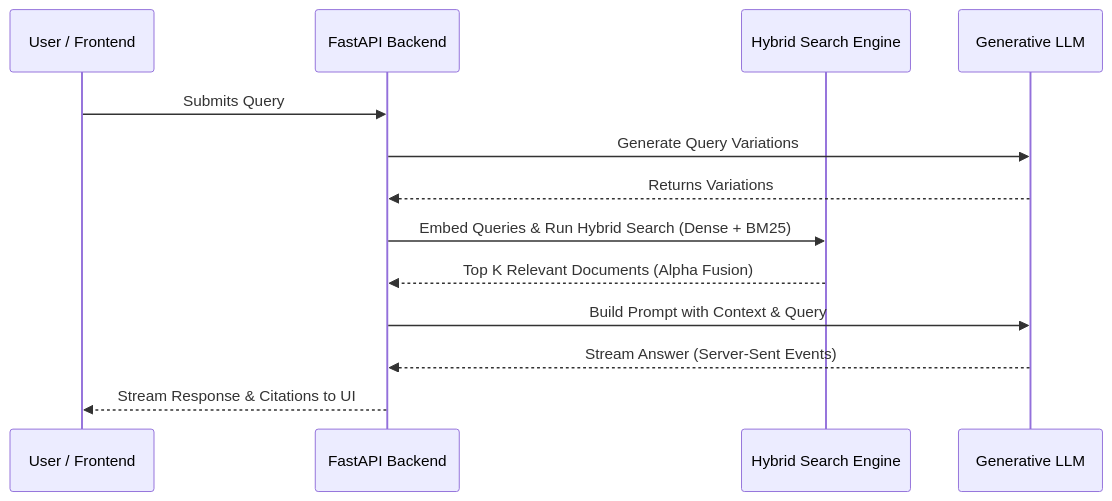
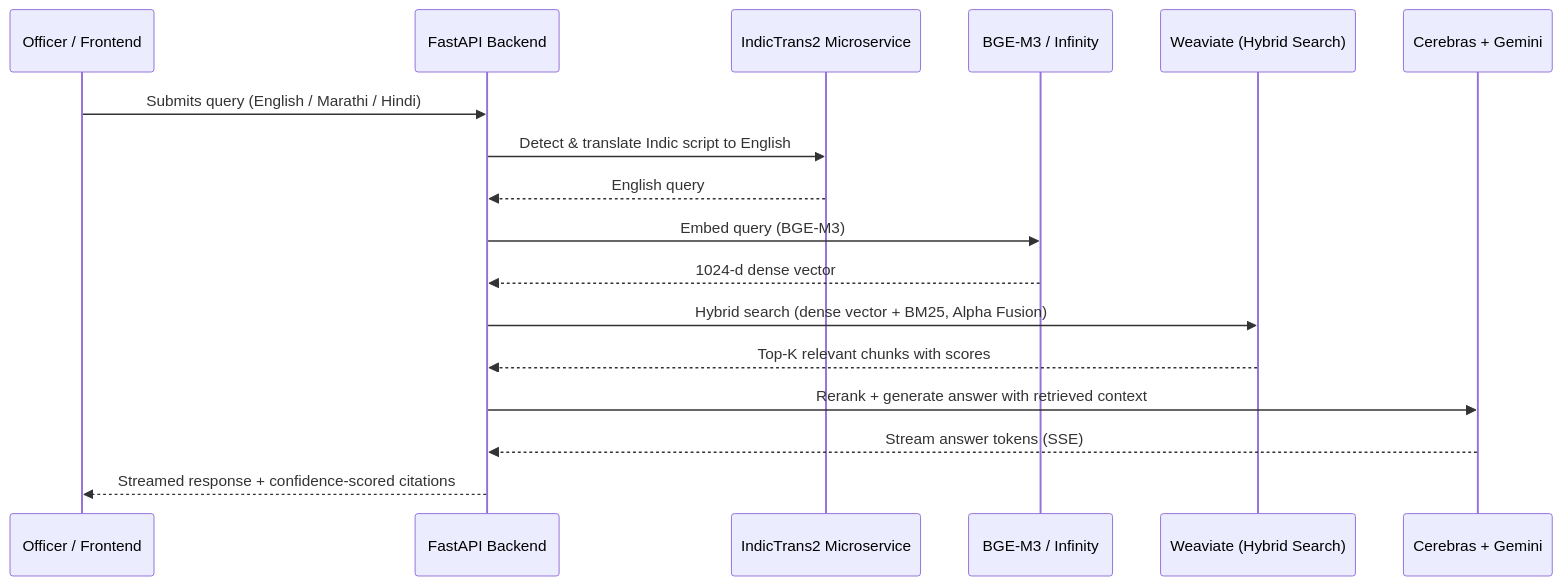
The first of 2 diagrams in README.md (pushkqr/gov-assist-rag), drawn with Mermaid before and after one commit. The commit also changed other lines of this file and 19 other files, not shown here.

````diff
--- a/README.md
+++ b/README.md
@@ -41,16 +51,20 @@
 ```mermaid
 sequenceDiagram
-    participant User as User / Frontend
+    participant User as Officer / Frontend
     participant API as FastAPI Backend
-    participant Search as Hybrid Search Engine
-    participant LLM as Generative LLM
+    participant Trans as IndicTrans2 Microservice
+    participant Embed as BGE-M3 / Infinity
+    participant DB as Weaviate (Hybrid Search)
+    participant LLM as Cerebras + Gemini
 
-    User->>API: Submits Query
-    API->>LLM: Generate Query Variations
-    LLM-->>API: Returns Variations
-    API->>Search: Embed Queries & Run Hybrid Search (Dense + BM25)
-    Search-->>API: Top K Relevant Documents (Alpha Fusion)
-    API->>LLM: Build Prompt with Context & Query
-    LLM-->>API: Stream Answer (Server-Sent Events)
-    API-->>User: Stream Response & Citations to UI
+    User->>API: Submits query (English / Marathi / Hindi)
+    API->>Trans: Detect & translate Indic script to English
+    Trans-->>API: English query
+    API->>Embed: Embed query (BGE-M3)
+    Embed-->>API: 1024-d dense vector
+    API->>DB: Hybrid search (dense vector + BM25, Alpha Fusion)
+    DB-->>API: Top-K relevant chunks with scores
+    API->>LLM: Rerank + generate answer with retrieved context
+    LLM-->>API: Stream answer tokens (SSE)
+    API-->>User: Streamed response + confidence-scored citations
 ```
````
